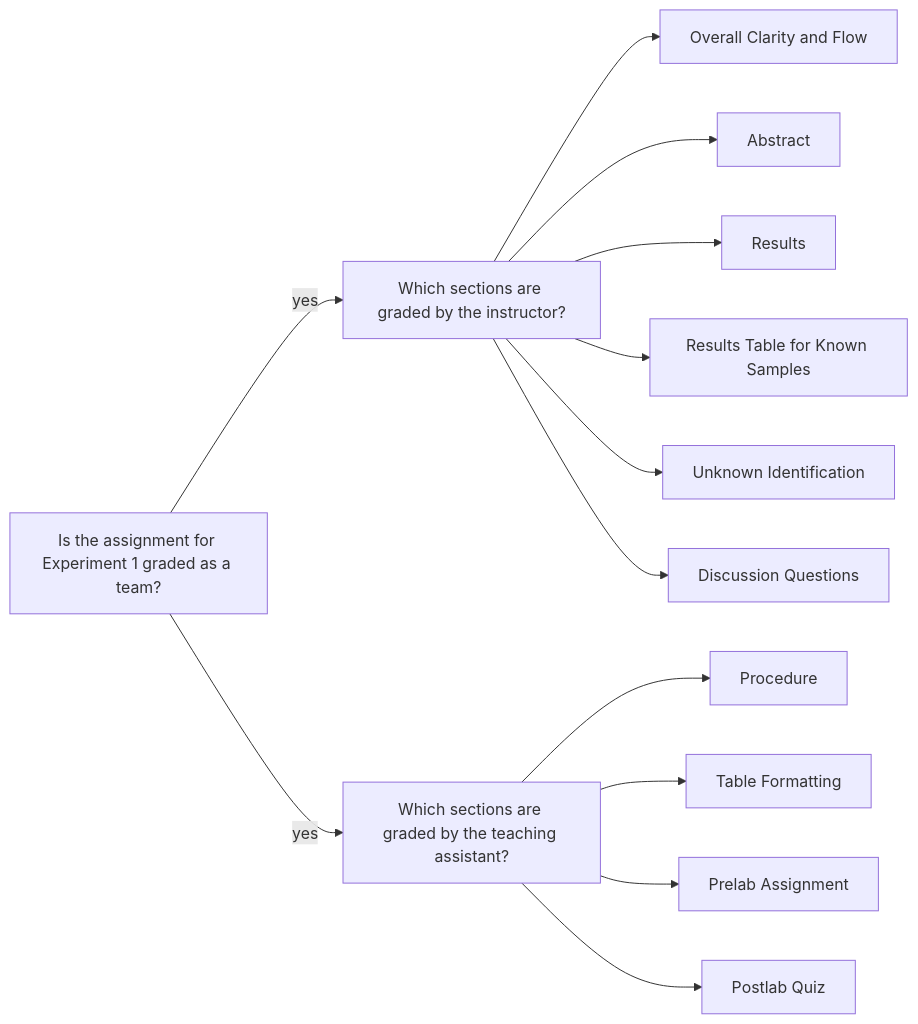
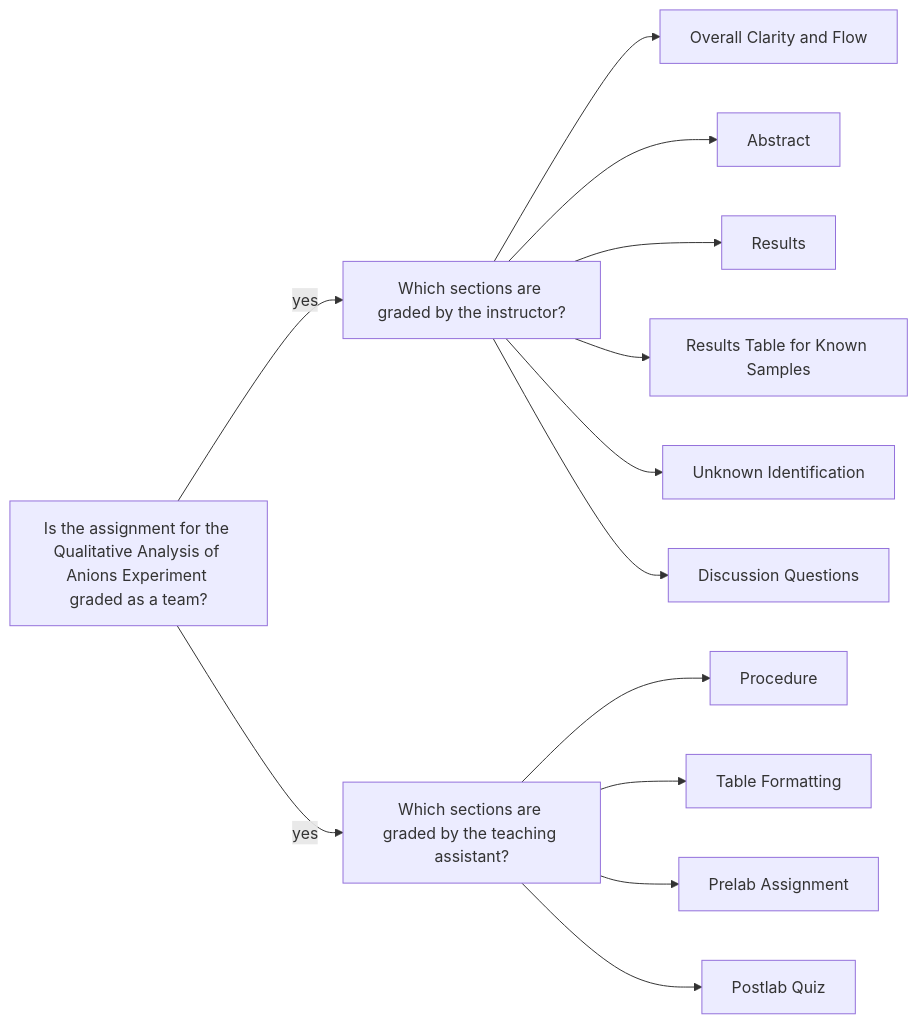
One commit to mkahveci/mkahveci.github.io changed the second of 2 diagrams in _posts/2020-07-27-eml.md. Above: the diagram before and after it, drawn with Mermaid. The commit also changed 9 other files, not shown here.

````diff
--- a/_posts/2020-07-27-eml.md
+++ b/_posts/2020-07-27-eml.md
@@ -54,32 +54,32 @@
 ```mermaid
   graph LR;
-    A[Is the assignment for Experiment 1 graded as a team?]
+    A[Is the assignment for the Qualitative Analysis of Anions Experiment graded as a team?]
     B[Which sections are graded by the instructor?]
     C[Which sections are graded by the teaching assistant?]
 
     B1[Overall Clarity and Flow]
     B2[Abstract]
     B3[Results]
     B4[Results Table for Known Samples]
     B5[Unknown Identification]
     B6[Discussion Questions]
 
     C1[Procedure]
     C2[Table Formatting]
     C3[Prelab Assignment]
     C4[Postlab Quiz]
 
     A--yes-->B;
     A--yes-->C;
     B-->B1;
     B-->B2;
     B-->B3;
     B-->B4;
     B-->B5;
     B-->B6;
 
     C-->C1;
     C-->C2;
     C-->C3;
     C-->C4;
 ```
````
